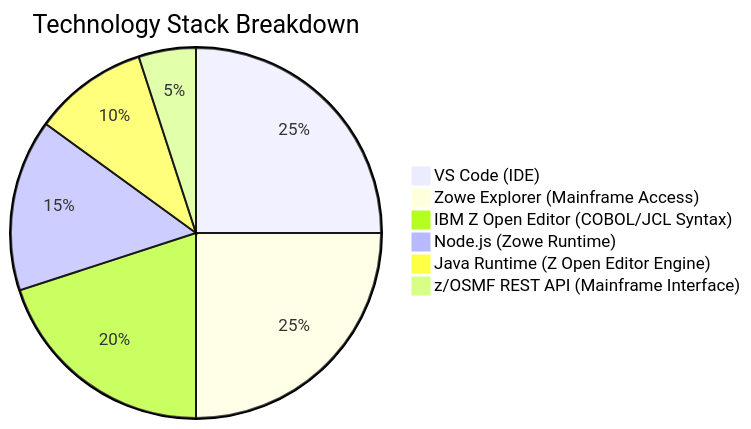
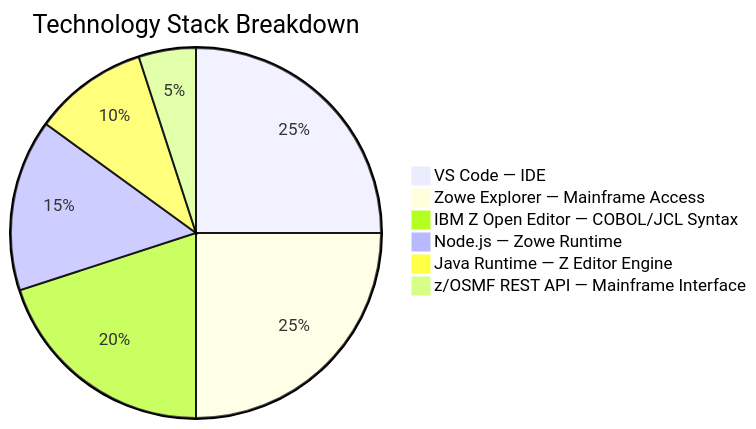
Before and after one commit to AnandSundar/ibm-z-vscode-mainframe-setup: the fourth of 8 diagrams in README.md, drawn with Mermaid. The commit also changed other lines of this file, not shown here.

````diff
--- a/README.md
+++ b/README.md
@@ -210,9 +202,9 @@
 ```mermaid
 pie title Technology Stack Breakdown
-    "VS Code (IDE)" : 25
-    "Zowe Explorer (Mainframe Access)" : 25
-    "IBM Z Open Editor (COBOL/JCL Syntax)" : 20
-    "Node.js (Zowe Runtime)" : 15
-    "Java Runtime (Z Open Editor Engine)" : 10
-    "z/OSMF REST API (Mainframe Interface)" : 5
+    "VS Code — IDE" : 25
+    "Zowe Explorer — Mainframe Access" : 25
+    "IBM Z Open Editor — COBOL/JCL Syntax" : 20
+    "Node.js — Zowe Runtime" : 15
+    "Java Runtime — Z Editor Engine" : 10
+    "z/OSMF REST API — Mainframe Interface" : 5
 ```
````
